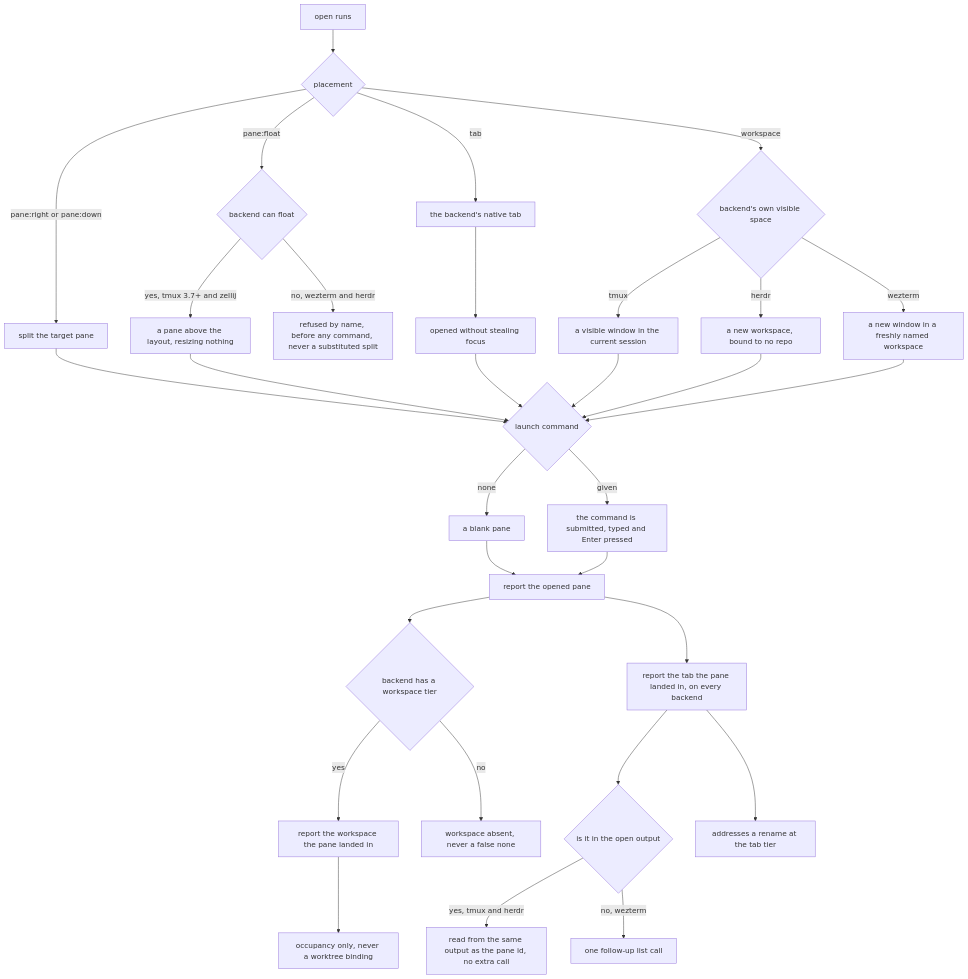
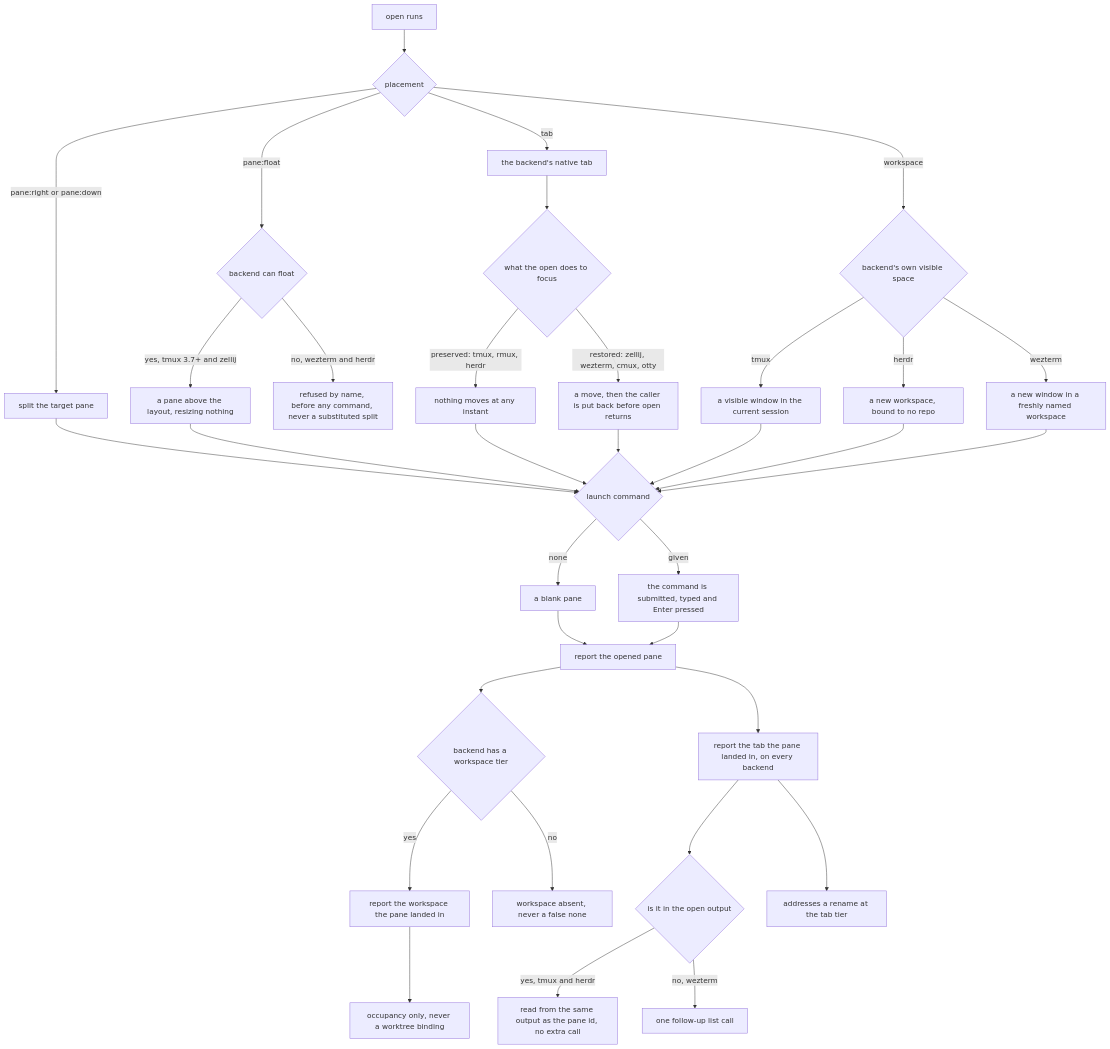
The first of 4 diagrams in packages/cyber-mux/.agents/spec/mux/placement/README.md (cyberuni/cyber-mux), drawn with Mermaid before and after one commit. The commit also changed other lines of this file and 29 other files, not shown here.

````diff
--- a/packages/cyber-mux/.agents/spec/mux/placement/README.md
+++ b/packages/cyber-mux/.agents/spec/mux/placement/README.md
@@ -281,33 +281,36 @@
 ```mermaid
 graph TD
   O["open runs"] --> AT{"placement"}
   AT -->|"pane:right or pane:down"| SPLIT["split the target pane"]
   AT -->|"pane:float"| CANF{"backend can float"}
   CANF -->|"yes, tmux 3.7+ and zellij"| FLOAT["a pane above the layout, resizing nothing"]
   CANF -->|"no, wezterm and herdr"| REFUSE["refused by name, before any command, never a substituted split"]
   FLOAT --> LAUNCH
   AT -->|"tab"| TAB["the backend's native tab"]
   AT -->|"workspace"| WS{"backend's own visible space"}
   WS -->|"tmux"| WT["a visible window in the current session"]
   WS -->|"herdr"| WH["a new workspace, bound to no repo"]
   WS -->|"wezterm"| WW["a new window in a freshly named workspace"]
-  TAB --> BG["opened without stealing focus"]
+  TAB --> BG{"what the open does to focus"}
+  BG -->|"preserved: tmux, rmux, herdr"| BGP["nothing moves at any instant"]
+  BG -->|"restored: zellij, wezterm, cmux, otty"| BGR["a move, then the caller is put back before open returns"]
   SPLIT --> LAUNCH
-  BG --> LAUNCH
+  BGP --> LAUNCH
+  BGR --> LAUNCH
   WT --> LAUNCH
   WH --> LAUNCH
   WW --> LAUNCH{"launch command"}
   LAUNCH -->|"none"| BLANK["a blank pane"]
   LAUNCH -->|"given"| SUB["the command is submitted, typed and Enter pressed"]
   BLANK --> REP["report the opened pane"]
   SUB --> REP
   REP --> WSR{"backend has a workspace tier"}
   WSR -->|"yes"| WSY["report the workspace the pane landed in"]
   WSR -->|"no"| WSN["workspace absent, never a false none"]
   REP --> TABR["report the tab the pane landed in, on every backend"]
   TABR --> SRC{"is it in the open output"}
   SRC -->|"yes, tmux and herdr"| FREE["read from the same output as the pane id, no extra call"]
   SRC -->|"no, wezterm"| FOLLOW["one follow-up list call"]
   WSY --> OCC["occupancy only, never a worktree binding"]
   TABR --> RENAMEABLE["addresses a rename at the tab tier"]
 ```
````
